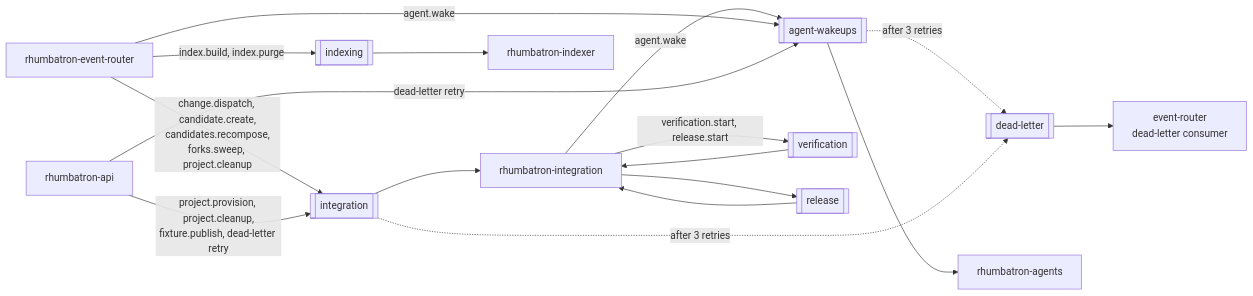
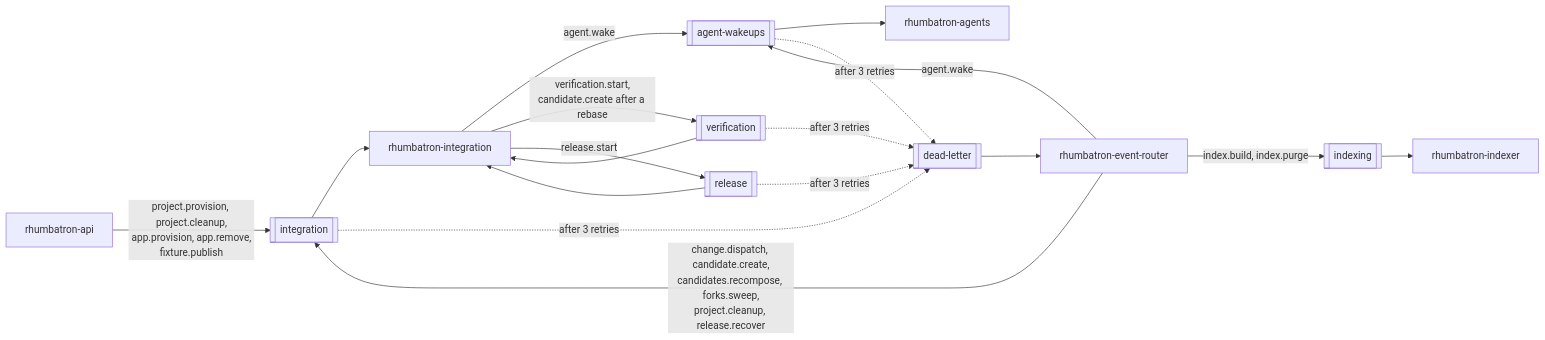
Before and after one commit to nsudhanva/rhumbatron: the fifth of 7 diagrams in docs/architecture/events-and-commands.md, drawn with Mermaid. The commit also changed other lines of this file and 47 other files, not shown here.

````diff
--- a/docs/architecture/events-and-commands.md
+++ b/docs/architecture/events-and-commands.md
@@ -147,32 +163,29 @@
 ```mermaid
 flowchart LR
   API["rhumbatron-api"]
   ER["rhumbatron-event-router"]
   INT["rhumbatron-integration"]
   WQ[["agent-wakeups"]]
   IQ[["integration"]]
   XQ[["indexing"]]
   VQ[["verification"]]
   RQ[["release"]]
   DLQ[["dead-letter"]]
   AG["rhumbatron-agents"]
   IDX["rhumbatron-indexer"]
-  ERC["event-router<br/>dead-letter consumer"]
 
   INT -->|"agent.wake"| WQ
   ER -->|"agent.wake"| WQ
-  API -->|"dead-letter retry"| WQ
-  ER -->|"change.dispatch, candidate.create,<br/>candidates.recompose,<br/>forks.sweep, project.cleanup"| IQ
-  API -->|"project.provision, project.cleanup,<br/>fixture.publish, dead-letter retry"| IQ
+  ER -->|"change.dispatch, candidate.create,<br/>candidates.recompose, forks.sweep,<br/>project.cleanup, release.recover"| IQ
+  API -->|"project.provision, project.cleanup,<br/>app.provision, app.remove,<br/>fixture.publish"| IQ
   ER -->|"index.build, index.purge"| XQ
-  INT -->|"verification.start, release.start"| VQ
-  INT --> RQ
+  INT -->|"verification.start,<br/>candidate.create after a rebase"| VQ
+  INT -->|"release.start"| RQ
+  WQ --> AG
+  IQ --> INT
   VQ --> INT
   RQ --> INT
-  WQ --> AG
-  IQ --> INT
   XQ --> IDX
-  WQ -.->|"after 3 retries"| DLQ
-  IQ -.->|"after 3 retries"| DLQ
-  DLQ --> ERC
+  WQ & IQ & VQ & RQ -.->|"after 3 retries"| DLQ
+  DLQ --> ER
 ```
````
